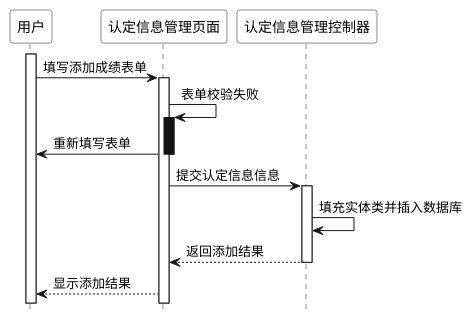
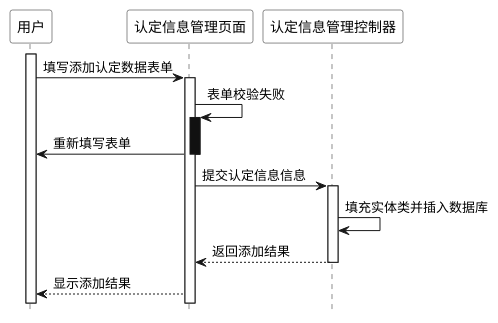
One commit to coderyjc/certificate_analysis changed the diagram in resouces/drawio/UML_Sequence/manage/identification/add.puml. Above: the diagram before and after it, drawn with PlantUML. The commit also changed 68 other files, not shown here.

```diff
--- a/resouces/drawio/UML_Sequence/manage/identification/add.puml
+++ b/resouces/drawio/UML_Sequence/manage/identification/add.puml
@@ -1,36 +1,36 @@
 @startuml written_add
 
 hide footbox
 skinparam sequence {
   ParticipantBackgroundColor #ffffff
   ParticipantFontColor #000000
 }
 
 participant 用户
 participant 认定信息管理页面
 participant 认定信息管理控制器
 
 activate 用户
-用户 -> 认定信息管理页面: 填写添加成绩表单
+用户 -> 认定信息管理页面: 填写添加认定数据表单
 
 activate 认定信息管理页面
 认定信息管理页面 -> 认定信息管理页面: 表单校验失败
 
 activate 认定信息管理页面 #1
 认定信息管理页面 -> 用户: 重新填写表单
 deactivate 认定信息管理页面 #1
 
 认定信息管理页面 -> 认定信息管理控制器: 提交认定信息信息
 
 
 activate 认定信息管理控制器
 认定信息管理控制器 -> 认定信息管理控制器: 填充实体类并插入数据库
 
 认定信息管理控制器 --> 认定信息管理页面: 返回添加结果
 deactivate 认定信息管理控制器
 
 认定信息管理页面 --> 用户: 显示添加结果
 
 
 
 @enduml
```
